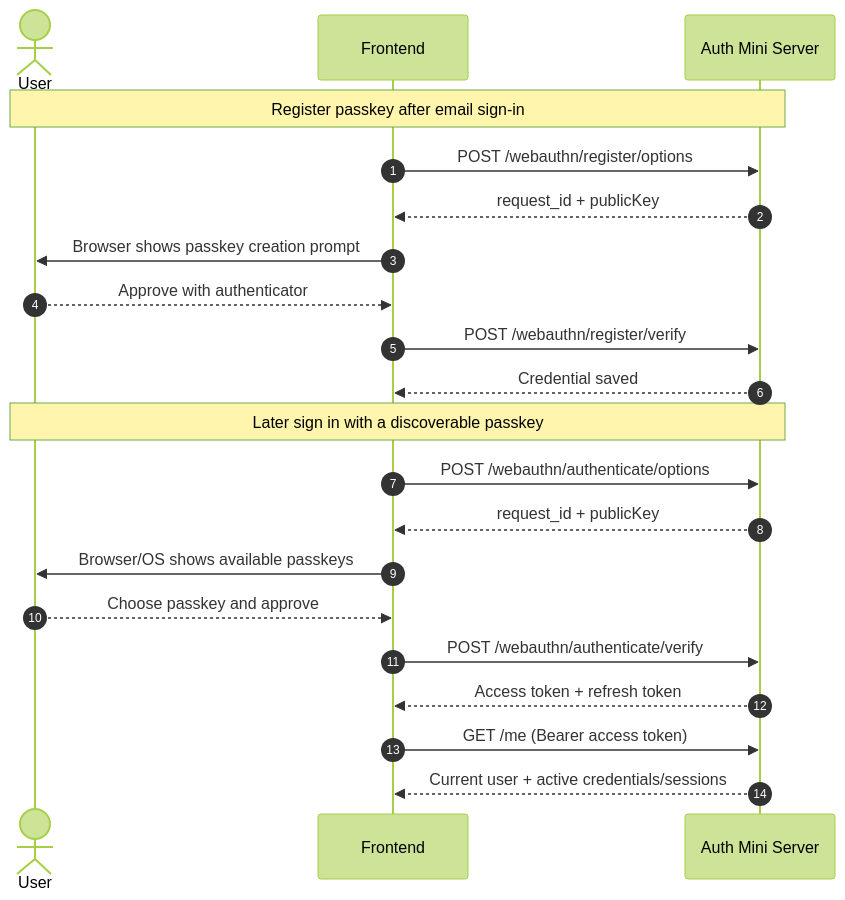
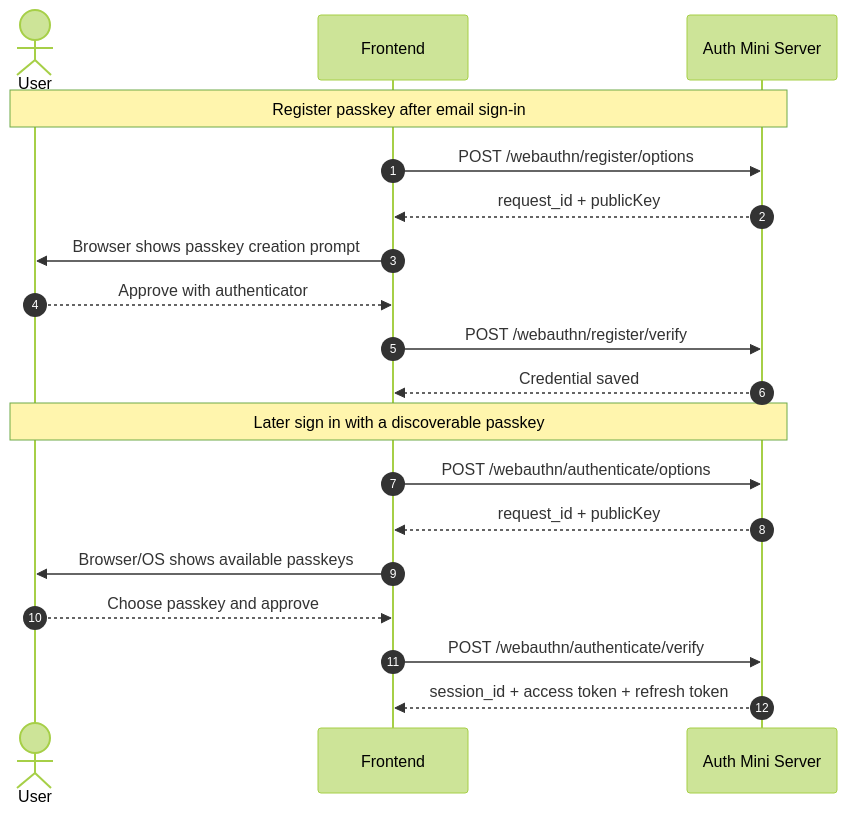
Before and after one commit to zccz14/auth-mini: the second of 3 diagrams in README.md, drawn with Mermaid (forest theme). The commit also changed other lines of this file and 9 other files, not shown here.

````diff
--- a/README.md
+++ b/README.md
@@ -37,25 +37,23 @@
 ```mermaid
 sequenceDiagram
     autonumber
     actor User
     participant Frontend
     participant Auth as Auth Mini Server
 
     Note over User,Auth: Register passkey after email sign-in
     Frontend->>Auth: POST /webauthn/register/options
     Auth-->>Frontend: request_id + publicKey
     Frontend->>User: Browser shows passkey creation prompt
     User-->>Frontend: Approve with authenticator
     Frontend->>Auth: POST /webauthn/register/verify
     Auth-->>Frontend: Credential saved
 
     Note over User,Auth: Later sign in with a discoverable passkey
     Frontend->>Auth: POST /webauthn/authenticate/options
     Auth-->>Frontend: request_id + publicKey
     Frontend->>User: Browser/OS shows available passkeys
     User-->>Frontend: Choose passkey and approve
     Frontend->>Auth: POST /webauthn/authenticate/verify
-    Auth-->>Frontend: Access token + refresh token
-    Frontend->>Auth: GET /me (Bearer access token)
-    Auth-->>Frontend: Current user + active credentials/sessions
+    Auth-->>Frontend: session_id + access token + refresh token
 ```
````
